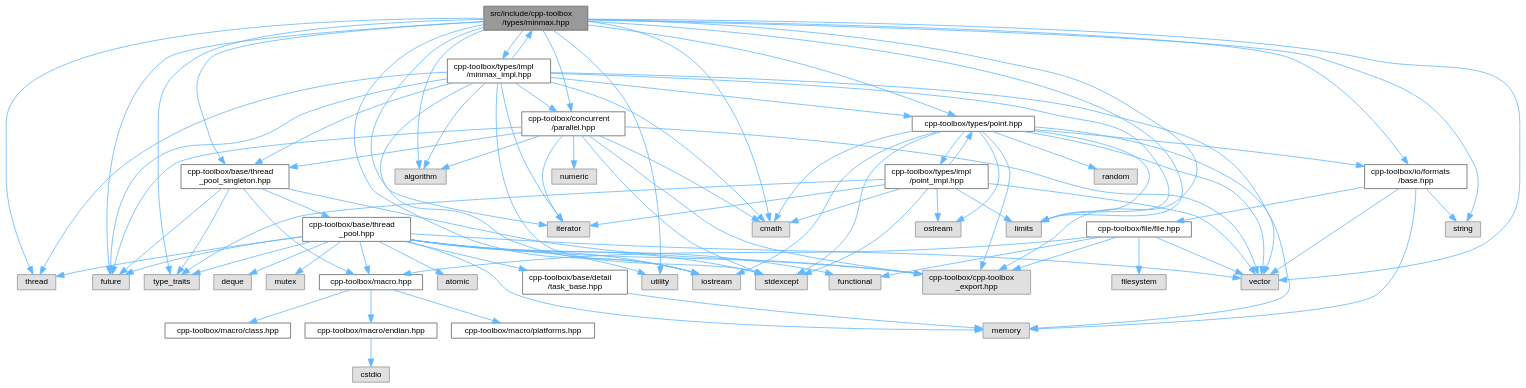
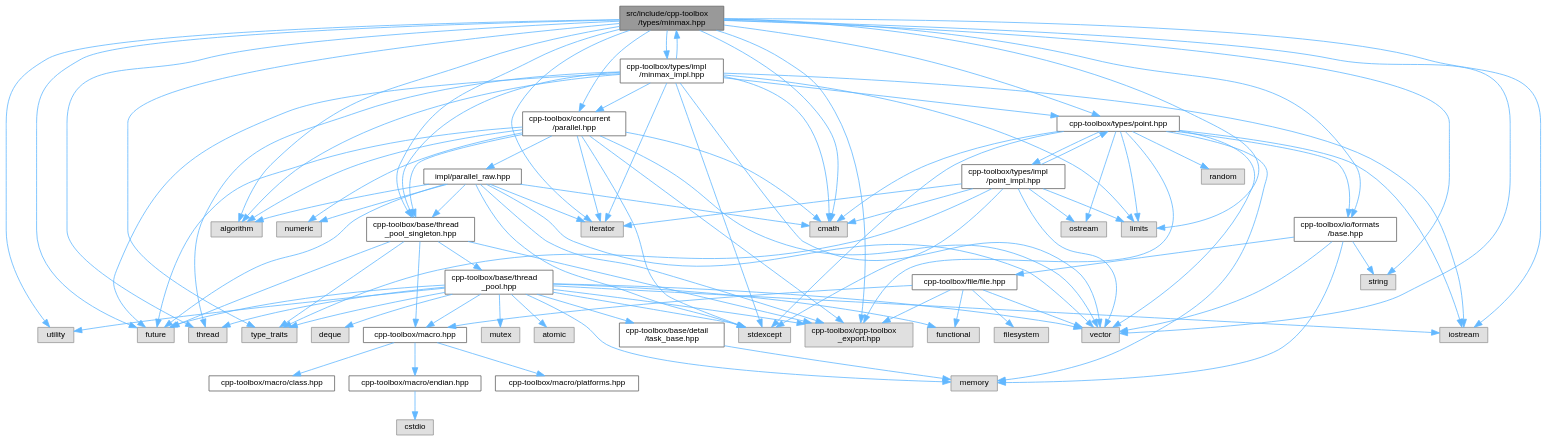
Before and after one commit to nerdneilsfield/cpp-toolbox: the diagram in minmax_8hpp__incl.dot, drawn with Graphviz. The commit also changed 117 other files, not shown here.

```diff
--- a/minmax_8hpp__incl.dot
+++ b/minmax_8hpp__incl.dot
@@ -80,57 +80,68 @@
   Node28 -> Node12 [id="edge45_Node000028_Node000012",color="steelblue1",style="solid",tooltip=" "];
   Node28 -> Node14 [id="edge46_Node000028_Node000014",color="steelblue1",style="solid",tooltip=" "];
   Node28 -> Node13 [id="edge47_Node000028_Node000013",color="steelblue1",style="solid",tooltip=" "];
-  Node1 -> Node14 [id="edge48_Node000001_Node000014",color="steelblue1",style="solid",tooltip=" "];
-  Node1 -> Node30 [id="edge49_Node000001_Node000030",color="steelblue1",style="solid",tooltip=" "];
-  Node30 [id="Node000030",label="cpp-toolbox/io/formats\l/base.hpp",height=0.2,width=0.4,color="grey40", fillcolor="white", style="filled",URL="$io_2formats_2base_8hpp.html",tooltip=" "];
-  Node30 -> Node24 [id="edge50_Node000030_Node000024",color="steelblue1",style="solid",tooltip=" "];
-  Node30 -> Node8 [id="edge51_Node000030_Node000008",color="steelblue1",style="solid",tooltip=" "];
-  Node30 -> Node12 [id="edge52_Node000030_Node000012",color="steelblue1",style="solid",tooltip=" "];
-  Node30 -> Node31 [id="edge53_Node000030_Node000031",color="steelblue1",style="solid",tooltip=" "];
-  Node31 [id="Node000031",label="cpp-toolbox/file/file.hpp",height=0.2,width=0.4,color="grey40", fillcolor="white", style="filled",URL="$file_8hpp.html",tooltip=" "];
-  Node31 -> Node32 [id="edge54_Node000031_Node000032",color="steelblue1",style="solid",tooltip=" "];
-  Node32 [id="Node000032",label="filesystem",height=0.2,width=0.4,color="grey60", fillcolor="#E0E0E0", style="filled",tooltip=" "];
-  Node31 -> Node23 [id="edge55_Node000031_Node000023",color="steelblue1",style="solid",tooltip=" "];
-  Node31 -> Node12 [id="edge56_Node000031_Node000012",color="steelblue1",style="solid",tooltip=" "];
-  Node31 -> Node14 [id="edge57_Node000031_Node000014",color="steelblue1",style="solid",tooltip=" "];
-  Node31 -> Node15 [id="edge58_Node000031_Node000015",color="steelblue1",style="solid",tooltip=" "];
-  Node1 -> Node33 [id="edge59_Node000001_Node000033",color="steelblue1",style="solid",tooltip=" "];
-  Node33 [id="Node000033",label="cpp-toolbox/types/point.hpp",height=0.2,width=0.4,color="grey40", fillcolor="white", style="filled",URL="$point_8hpp.html",tooltip=" "];
-  Node33 -> Node3 [id="edge60_Node000033_Node000003",color="steelblue1",style="solid",tooltip=" "];
-  Node33 -> Node5 [id="edge61_Node000033_Node000005",color="steelblue1",style="solid",tooltip=" "];
-  Node33 -> Node7 [id="edge62_Node000033_Node000007",color="steelblue1",style="solid",tooltip=" "];
-  Node33 -> Node24 [id="edge63_Node000033_Node000024",color="steelblue1",style="solid",tooltip=" "];
-  Node33 -> Node34 [id="edge64_Node000033_Node000034",color="steelblue1",style="solid",tooltip=" "];
-  Node34 [id="Node000034",label="ostream",height=0.2,width=0.4,color="grey60", fillcolor="#E0E0E0", style="filled",tooltip=" "];
-  Node33 -> Node35 [id="edge65_Node000033_Node000035",color="steelblue1",style="solid",tooltip=" "];
-  Node35 [id="Node000035",label="random",height=0.2,width=0.4,color="grey60", fillcolor="#E0E0E0", style="filled",tooltip=" "];
-  Node33 -> Node26 [id="edge66_Node000033_Node000026",color="steelblue1",style="solid",tooltip=" "];
-  Node33 -> Node12 [id="edge67_Node000033_Node000012",color="steelblue1",style="solid",tooltip=" "];
-  Node33 -> Node14 [id="edge68_Node000033_Node000014",color="steelblue1",style="solid",tooltip=" "];
-  Node33 -> Node30 [id="edge69_Node000033_Node000030",color="steelblue1",style="solid",tooltip=" "];
-  Node33 -> Node36 [id="edge70_Node000033_Node000036",color="steelblue1",style="solid",tooltip=" "];
-  Node36 [id="Node000036",label="cpp-toolbox/types/impl\l/point_impl.hpp",height=0.2,width=0.4,color="grey40", fillcolor="white", style="filled",URL="$point__impl_8hpp.html",tooltip=" "];
-  Node36 -> Node3 [id="edge71_Node000036_Node000003",color="steelblue1",style="solid",tooltip=" "];
-  Node36 -> Node6 [id="edge72_Node000036_Node000006",color="steelblue1",style="solid",tooltip=" "];
-  Node36 -> Node7 [id="edge73_Node000036_Node000007",color="steelblue1",style="solid",tooltip=" "];
-  Node36 -> Node34 [id="edge74_Node000036_Node000034",color="steelblue1",style="solid",tooltip=" "];
-  Node36 -> Node26 [id="edge75_Node000036_Node000026",color="steelblue1",style="solid",tooltip=" "];
-  Node36 -> Node10 [id="edge76_Node000036_Node000010",color="steelblue1",style="solid",tooltip=" "];
-  Node36 -> Node12 [id="edge77_Node000036_Node000012",color="steelblue1",style="solid",tooltip=" "];
-  Node36 -> Node33 [id="edge78_Node000036_Node000033",color="steelblue1",style="solid",tooltip=" "];
-  Node1 -> Node37 [id="edge79_Node000001_Node000037",color="steelblue1",style="solid",tooltip=" "];
-  Node37 [id="Node000037",label="cpp-toolbox/types/impl\l/minmax_impl.hpp",height=0.2,width=0.4,color="grey40", fillcolor="white", style="filled",URL="$minmax__impl_8hpp.html",tooltip=" "];
-  Node37 -> Node1 [id="edge80_Node000037_Node000001",color="steelblue1",style="solid",tooltip=" "];
-  Node37 -> Node2 [id="edge81_Node000037_Node000002",color="steelblue1",style="solid",tooltip=" "];
-  Node37 -> Node3 [id="edge82_Node000037_Node000003",color="steelblue1",style="solid",tooltip=" "];
-  Node37 -> Node4 [id="edge83_Node000037_Node000004",color="steelblue1",style="solid",tooltip=" "];
-  Node37 -> Node5 [id="edge84_Node000037_Node000005",color="steelblue1",style="solid",tooltip=" "];
-  Node37 -> Node6 [id="edge85_Node000037_Node000006",color="steelblue1",style="solid",tooltip=" "];
-  Node37 -> Node7 [id="edge86_Node000037_Node000007",color="steelblue1",style="solid",tooltip=" "];
-  Node37 -> Node26 [id="edge87_Node000037_Node000026",color="steelblue1",style="solid",tooltip=" "];
-  Node37 -> Node9 [id="edge88_Node000037_Node000009",color="steelblue1",style="solid",tooltip=" "];
-  Node37 -> Node12 [id="edge89_Node000037_Node000012",color="steelblue1",style="solid",tooltip=" "];
-  Node37 -> Node13 [id="edge90_Node000037_Node000013",color="steelblue1",style="solid",tooltip=" "];
-  Node37 -> Node28 [id="edge91_Node000037_Node000028",color="steelblue1",style="solid",tooltip=" "];
-  Node37 -> Node33 [id="edge92_Node000037_Node000033",color="steelblue1",style="solid",tooltip=" "];
+  Node28 -> Node30 [id="edge48_Node000028_Node000030",color="steelblue1",style="solid",tooltip=" "];
+  Node30 [id="Node000030",label="impl/parallel_raw.hpp",height=0.2,width=0.4,color="grey40", fillcolor="white", style="filled",URL="$parallel__raw_8hpp.html",tooltip=" "];
+  Node30 -> Node2 [id="edge49_Node000030_Node000002",color="steelblue1",style="solid",tooltip=" "];
+  Node30 -> Node3 [id="edge50_Node000030_Node000003",color="steelblue1",style="solid",tooltip=" "];
+  Node30 -> Node4 [id="edge51_Node000030_Node000004",color="steelblue1",style="solid",tooltip=" "];
+  Node30 -> Node6 [id="edge52_Node000030_Node000006",color="steelblue1",style="solid",tooltip=" "];
+  Node30 -> Node29 [id="edge53_Node000030_Node000029",color="steelblue1",style="solid",tooltip=" "];
+  Node30 -> Node26 [id="edge54_Node000030_Node000026",color="steelblue1",style="solid",tooltip=" "];
+  Node30 -> Node12 [id="edge55_Node000030_Node000012",color="steelblue1",style="solid",tooltip=" "];
+  Node30 -> Node13 [id="edge56_Node000030_Node000013",color="steelblue1",style="solid",tooltip=" "];
+  Node30 -> Node14 [id="edge57_Node000030_Node000014",color="steelblue1",style="solid",tooltip=" "];
+  Node1 -> Node14 [id="edge58_Node000001_Node000014",color="steelblue1",style="solid",tooltip=" "];
+  Node1 -> Node31 [id="edge59_Node000001_Node000031",color="steelblue1",style="solid",tooltip=" "];
+  Node31 [id="Node000031",label="cpp-toolbox/io/formats\l/base.hpp",height=0.2,width=0.4,color="grey40", fillcolor="white", style="filled",URL="$io_2formats_2base_8hpp.html",tooltip=" "];
+  Node31 -> Node24 [id="edge60_Node000031_Node000024",color="steelblue1",style="solid",tooltip=" "];
+  Node31 -> Node8 [id="edge61_Node000031_Node000008",color="steelblue1",style="solid",tooltip=" "];
+  Node31 -> Node12 [id="edge62_Node000031_Node000012",color="steelblue1",style="solid",tooltip=" "];
+  Node31 -> Node32 [id="edge63_Node000031_Node000032",color="steelblue1",style="solid",tooltip=" "];
+  Node32 [id="Node000032",label="cpp-toolbox/file/file.hpp",height=0.2,width=0.4,color="grey40", fillcolor="white", style="filled",URL="$file_8hpp.html",tooltip=" "];
+  Node32 -> Node33 [id="edge64_Node000032_Node000033",color="steelblue1",style="solid",tooltip=" "];
+  Node33 [id="Node000033",label="filesystem",height=0.2,width=0.4,color="grey60", fillcolor="#E0E0E0", style="filled",tooltip=" "];
+  Node32 -> Node23 [id="edge65_Node000032_Node000023",color="steelblue1",style="solid",tooltip=" "];
+  Node32 -> Node12 [id="edge66_Node000032_Node000012",color="steelblue1",style="solid",tooltip=" "];
+  Node32 -> Node14 [id="edge67_Node000032_Node000014",color="steelblue1",style="solid",tooltip=" "];
+  Node32 -> Node15 [id="edge68_Node000032_Node000015",color="steelblue1",style="solid",tooltip=" "];
+  Node1 -> Node34 [id="edge69_Node000001_Node000034",color="steelblue1",style="solid",tooltip=" "];
+  Node34 [id="Node000034",label="cpp-toolbox/types/point.hpp",height=0.2,width=0.4,color="grey40", fillcolor="white", style="filled",URL="$point_8hpp.html",tooltip=" "];
+  Node34 -> Node3 [id="edge70_Node000034_Node000003",color="steelblue1",style="solid",tooltip=" "];
+  Node34 -> Node5 [id="edge71_Node000034_Node000005",color="steelblue1",style="solid",tooltip=" "];
+  Node34 -> Node7 [id="edge72_Node000034_Node000007",color="steelblue1",style="solid",tooltip=" "];
+  Node34 -> Node24 [id="edge73_Node000034_Node000024",color="steelblue1",style="solid",tooltip=" "];
+  Node34 -> Node35 [id="edge74_Node000034_Node000035",color="steelblue1",style="solid",tooltip=" "];
+  Node35 [id="Node000035",label="ostream",height=0.2,width=0.4,color="grey60", fillcolor="#E0E0E0", style="filled",tooltip=" "];
+  Node34 -> Node36 [id="edge75_Node000034_Node000036",color="steelblue1",style="solid",tooltip=" "];
+  Node36 [id="Node000036",label="random",height=0.2,width=0.4,color="grey60", fillcolor="#E0E0E0", style="filled",tooltip=" "];
+  Node34 -> Node26 [id="edge76_Node000034_Node000026",color="steelblue1",style="solid",tooltip=" "];
+  Node34 -> Node12 [id="edge77_Node000034_Node000012",color="steelblue1",style="solid",tooltip=" "];
+  Node34 -> Node14 [id="edge78_Node000034_Node000014",color="steelblue1",style="solid",tooltip=" "];
+  Node34 -> Node31 [id="edge79_Node000034_Node000031",color="steelblue1",style="solid",tooltip=" "];
+  Node34 -> Node37 [id="edge80_Node000034_Node000037",color="steelblue1",style="solid",tooltip=" "];
+  Node37 [id="Node000037",label="cpp-toolbox/types/impl\l/point_impl.hpp",height=0.2,width=0.4,color="grey40", fillcolor="white", style="filled",URL="$point__impl_8hpp.html",tooltip=" "];
+  Node37 -> Node3 [id="edge81_Node000037_Node000003",color="steelblue1",style="solid",tooltip=" "];
+  Node37 -> Node6 [id="edge82_Node000037_Node000006",color="steelblue1",style="solid",tooltip=" "];
+  Node37 -> Node7 [id="edge83_Node000037_Node000007",color="steelblue1",style="solid",tooltip=" "];
+  Node37 -> Node35 [id="edge84_Node000037_Node000035",color="steelblue1",style="solid",tooltip=" "];
+  Node37 -> Node26 [id="edge85_Node000037_Node000026",color="steelblue1",style="solid",tooltip=" "];
+  Node37 -> Node10 [id="edge86_Node000037_Node000010",color="steelblue1",style="solid",tooltip=" "];
+  Node37 -> Node12 [id="edge87_Node000037_Node000012",color="steelblue1",style="solid",tooltip=" "];
+  Node37 -> Node34 [id="edge88_Node000037_Node000034",color="steelblue1",style="solid",tooltip=" "];
+  Node1 -> Node38 [id="edge89_Node000001_Node000038",color="steelblue1",style="solid",tooltip=" "];
+  Node38 [id="Node000038",label="cpp-toolbox/types/impl\l/minmax_impl.hpp",height=0.2,width=0.4,color="grey40", fillcolor="white", style="filled",URL="$minmax__impl_8hpp.html",tooltip=" "];
+  Node38 -> Node1 [id="edge90_Node000038_Node000001",color="steelblue1",style="solid",tooltip=" "];
+  Node38 -> Node2 [id="edge91_Node000038_Node000002",color="steelblue1",style="solid",tooltip=" "];
+  Node38 -> Node3 [id="edge92_Node000038_Node000003",color="steelblue1",style="solid",tooltip=" "];
+  Node38 -> Node4 [id="edge93_Node000038_Node000004",color="steelblue1",style="solid",tooltip=" "];
+  Node38 -> Node5 [id="edge94_Node000038_Node000005",color="steelblue1",style="solid",tooltip=" "];
+  Node38 -> Node6 [id="edge95_Node000038_Node000006",color="steelblue1",style="solid",tooltip=" "];
+  Node38 -> Node7 [id="edge96_Node000038_Node000007",color="steelblue1",style="solid",tooltip=" "];
+  Node38 -> Node26 [id="edge97_Node000038_Node000026",color="steelblue1",style="solid",tooltip=" "];
+  Node38 -> Node9 [id="edge98_Node000038_Node000009",color="steelblue1",style="solid",tooltip=" "];
+  Node38 -> Node12 [id="edge99_Node000038_Node000012",color="steelblue1",style="solid",tooltip=" "];
+  Node38 -> Node13 [id="edge100_Node000038_Node000013",color="steelblue1",style="solid",tooltip=" "];
+  Node38 -> Node28 [id="edge101_Node000038_Node000028",color="steelblue1",style="solid",tooltip=" "];
+  Node38 -> Node34 [id="edge102_Node000038_Node000034",color="steelblue1",style="solid",tooltip=" "];
 }
```
